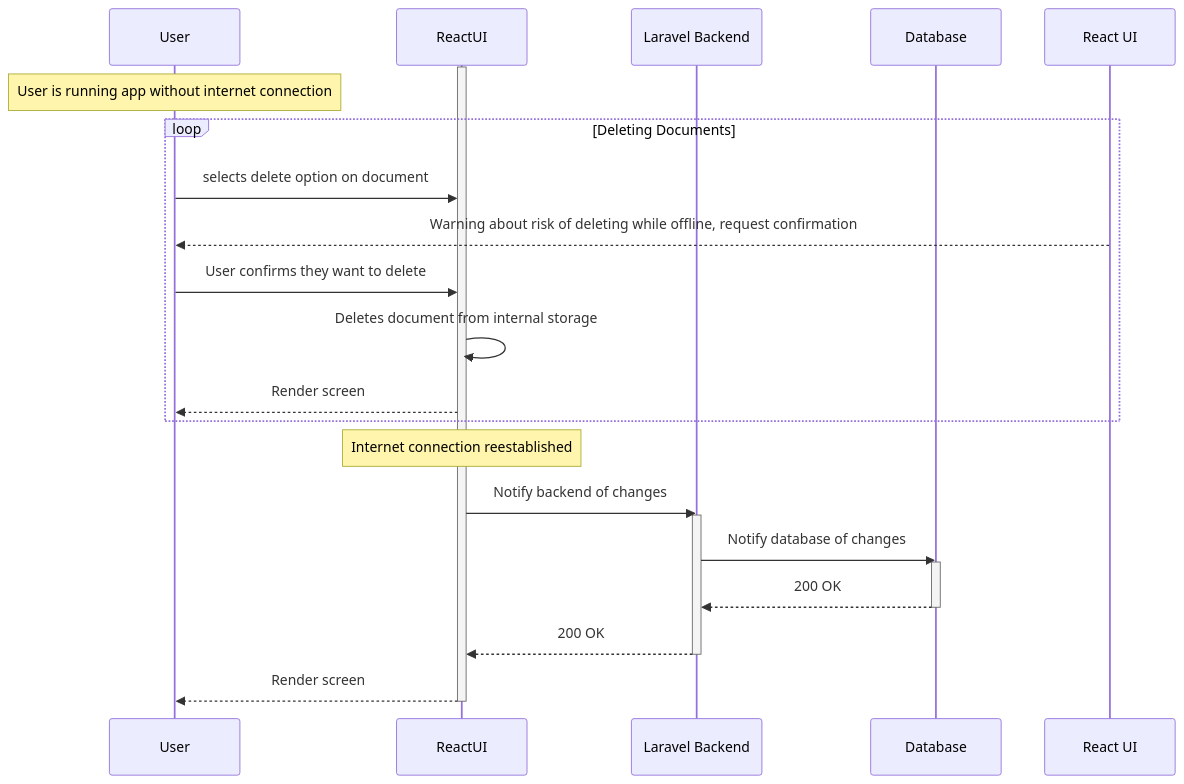
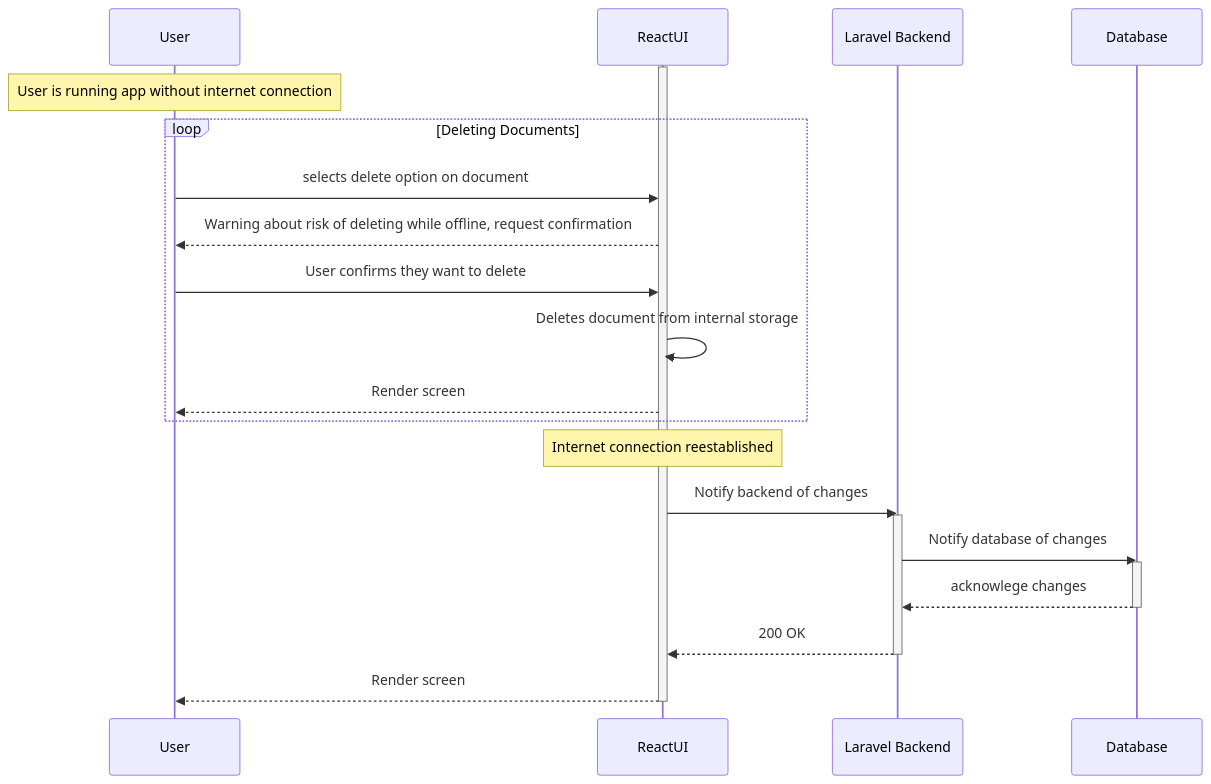
Before and after one commit to Capstone-Projects-2024-Spring/project-synesthesia-reading-app: the fifth of 6 diagrams in documentation/docs/requirements/use-case-descriptions.md, drawn with Mermaid.

Commit message:
changes requested

````diff
--- a/documentation/docs/requirements/use-case-descriptions.md
+++ b/documentation/docs/requirements/use-case-descriptions.md
@@ -207,28 +207,28 @@
 ```mermaid
    sequenceDiagram
       participant User
       participant ReactUI
       participant Laravel Backend
       participant Database
 
       activate ReactUI
       Note over User: User is running app without internet connection
       loop Deleting Documents
          User->>ReactUI: selects delete option on document
-         React UI-->>User: Warning about risk of deleting while offline, request confirmation
+         ReactUI-->>User: Warning about risk of deleting while offline, request confirmation
          User->>ReactUI: User confirms they want to delete
          ReactUI->>ReactUI: Deletes document from internal storage
          ReactUI-->>User: Render screen  
       end
       Note over ReactUI: Internet connection reestablished
       ReactUI->>Laravel Backend: Notify backend of changes
       activate Laravel Backend
          Laravel Backend->>Database: Notify database of changes
          activate Database
-            Database-->>Laravel Backend: 200 OK
+            Database-->>Laravel Backend: acknowlege changes
          deactivate Database
          Laravel Backend-->> ReactUI: 200 OK
       deactivate Laravel Backend
       ReactUI-->>User: Render screen
       deactivate ReactUI
 ```
````
